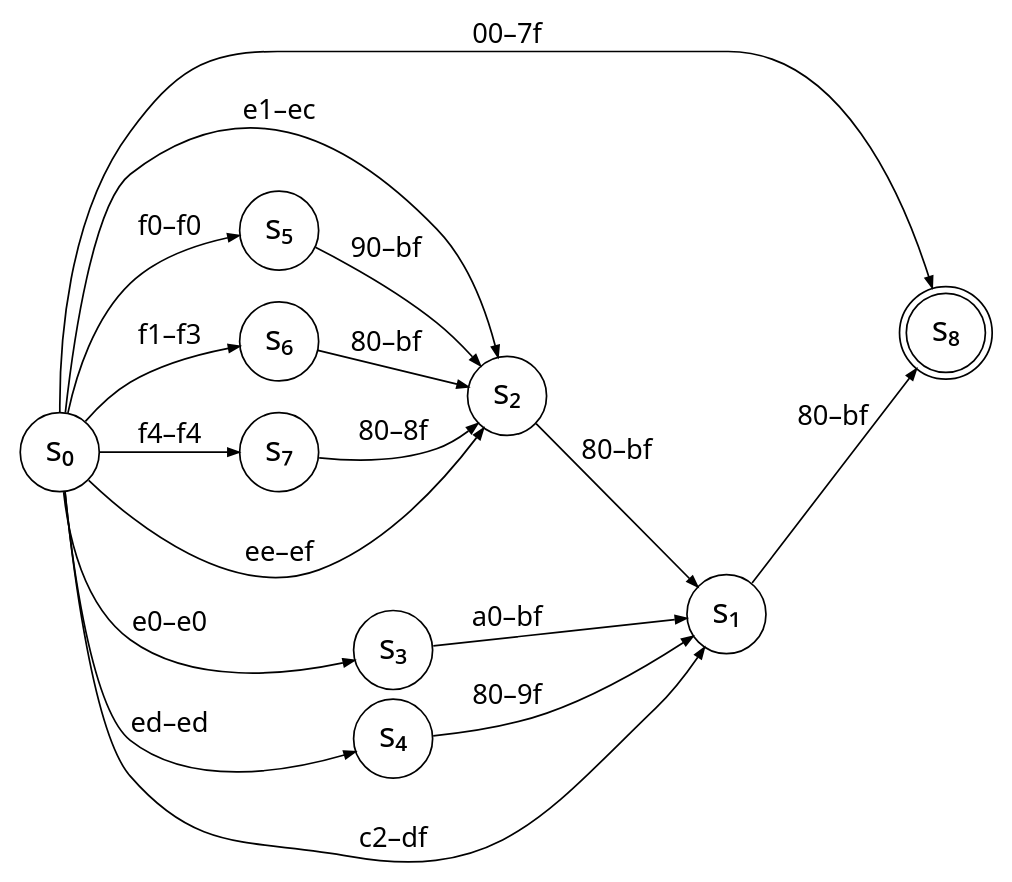
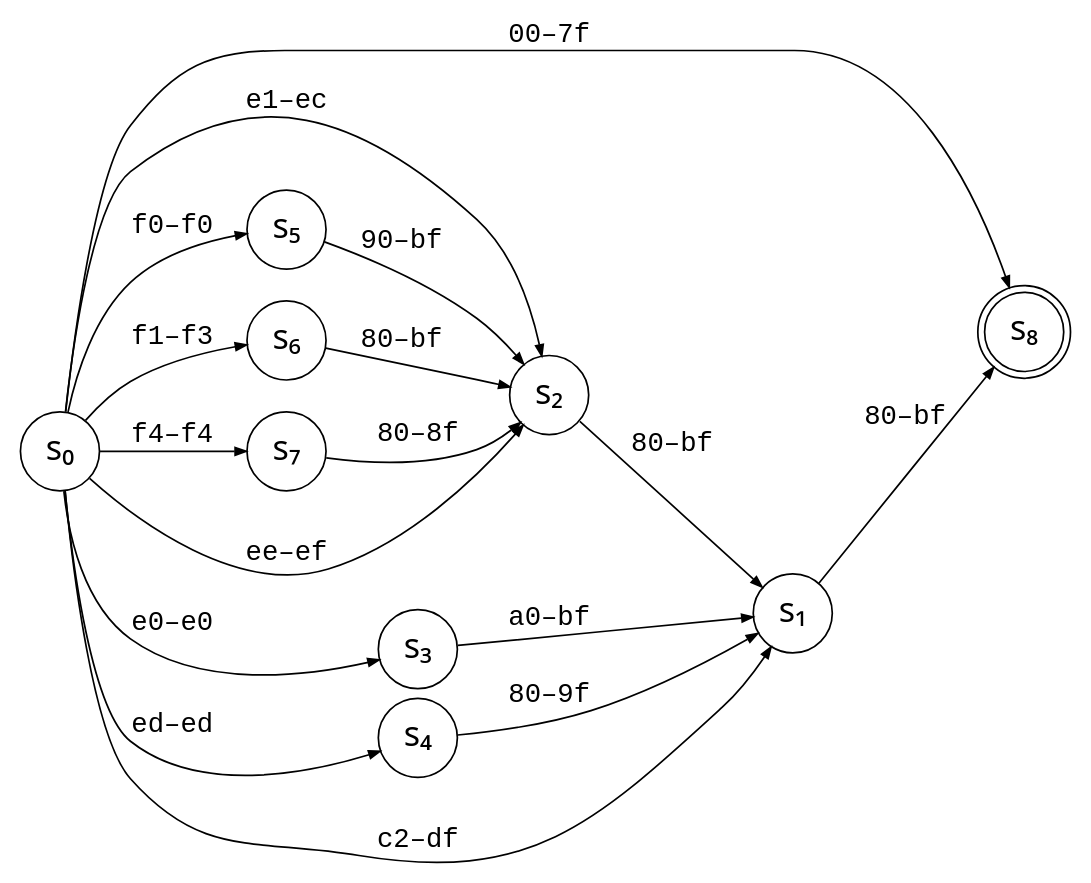
One commit to skeeto/skeeto.github.com changed the diagram in img/diagram/utf8.dot. Above: the diagram before and after it, drawn with Graphviz. The commit also changed 1 other file, not shown here.

Commit message:
Use monospace in UTF-8 state machine diagram

```diff
--- a/img/diagram/utf8.dot
+++ b/img/diagram/utf8.dot
@@ -1,39 +1,39 @@
 digraph {
     graph [fontname="sans" rankdir=LR];
     node [fontname="sans" shape=circle fontsize=20];
-    edge [fontname="sans" arrowsize=0.65 fontsize=16];
+    edge [fontname="monospace" arrowsize=0.65 fontsize=16];
 
     s0->s8 [label="00–7f"];
     s0->s2 [label="\nee–ef"];
     s0->s2 [label="e1–ec"];
     s0->s3 [label="e0–e0"];
     s0->s4 [label="\ned–ed"];
     s0->s1 [label="\nc2–df"];
     s0->s5 [label="\nf0–f0"];
     s0->s6 [label="\nf1–f3"];
     s0->s7 [label="\nf4–f4"];
 
     s1->s8 [label="80–bf"];
 
     s2->s1 [label=" 80–bf"];
 
     s3->s1 [label="a0–bf"];
 
     s4->s1 [label="\n80–9f"];
 
     s5->s2 [label="90–bf  "];
 
     s6->s2 [label="80–bf  "];
 
     s7->s2 [label="\n80–8f"];
 
     s0 [label="s₀"];
     s1 [label="s₁"];
     s2 [label="s₂"];
     s3 [label="s₃"];
     s4 [label="s₄"];
     s5 [label="s₅"];
     s6 [label="s₆"];
     s7 [label="s₇"];
     s8 [label="s₈" shape=doublecircle];
 }
```
